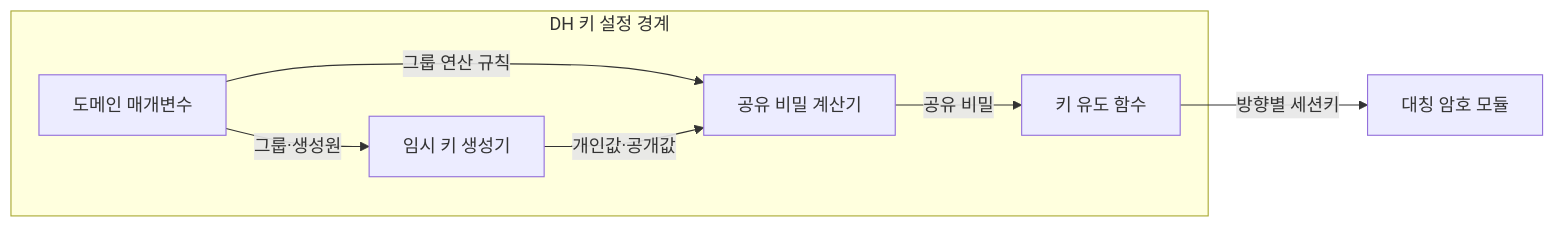
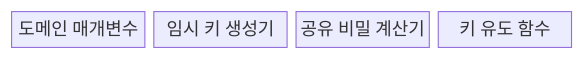
Before and after one commit to agnusdei1207/knowledge-base: the first of 2 diagrams in src/content/docs/notes/05-security/005_diffie_hellman_key_exchange.md, drawn with Mermaid. The commit also changed other lines of this file and 22 other files, not shown here.

````diff
--- a/src/content/docs/notes/05-security/005_diffie_hellman_key_exchange.md
+++ b/src/content/docs/notes/05-security/005_diffie_hellman_key_exchange.md
@@ -61,14 +63,8 @@
 ```mermaid
-flowchart LR
-    subgraph D["DH 키 설정 경계"]
-        P["도메인 매개변수"]
-        G["임시 키 생성기"]
-        S["공유 비밀 계산기"]
-        K["키 유도 함수"]
-        P -->|"그룹·생성원"| G
-        P -->|"그룹 연산 규칙"| S
-        G -->|"개인값·공개값"| S
-        S -->|"공유 비밀"| K
-    end
-    K -->|"방향별 세션키"| A["대칭 암호 모듈"]
+block-beta
+    columns 4
+    P["도메인 매개변수"]
+    G["임시 키 생성기"]
+    S["공유 비밀 계산기"]
+    K["키 유도 함수"]
 ```
````
